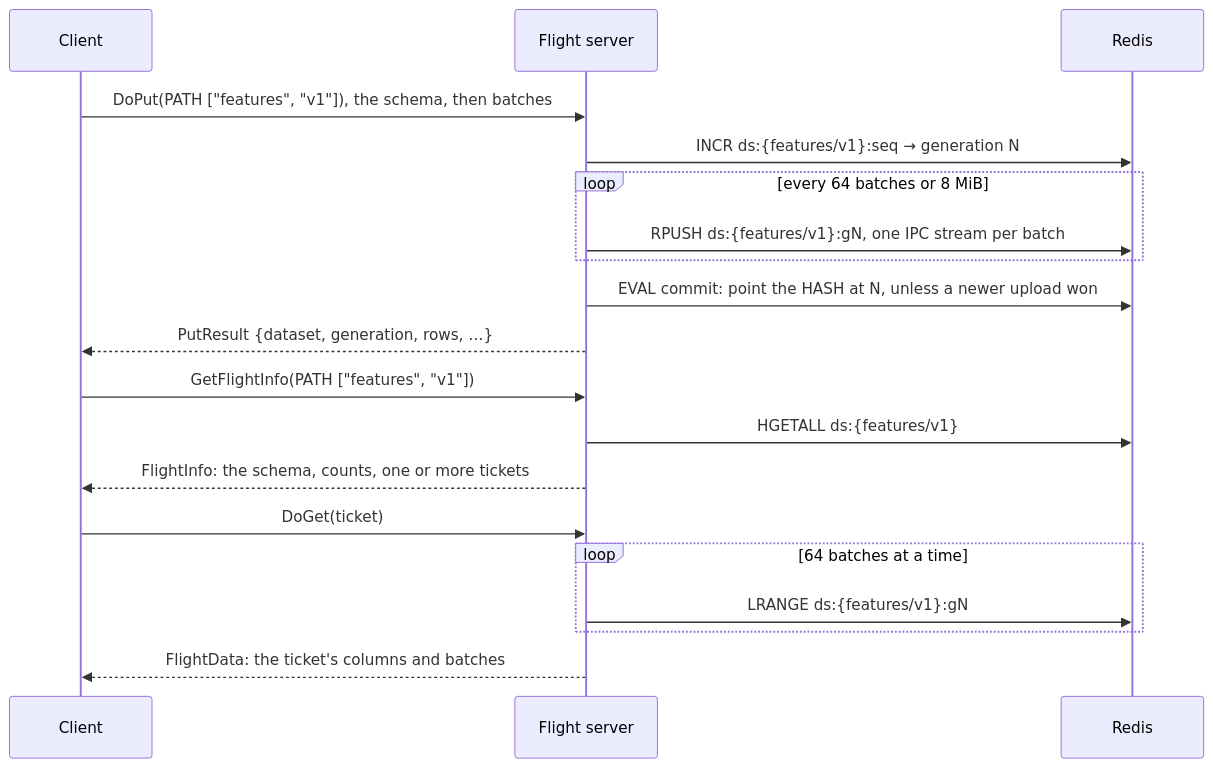
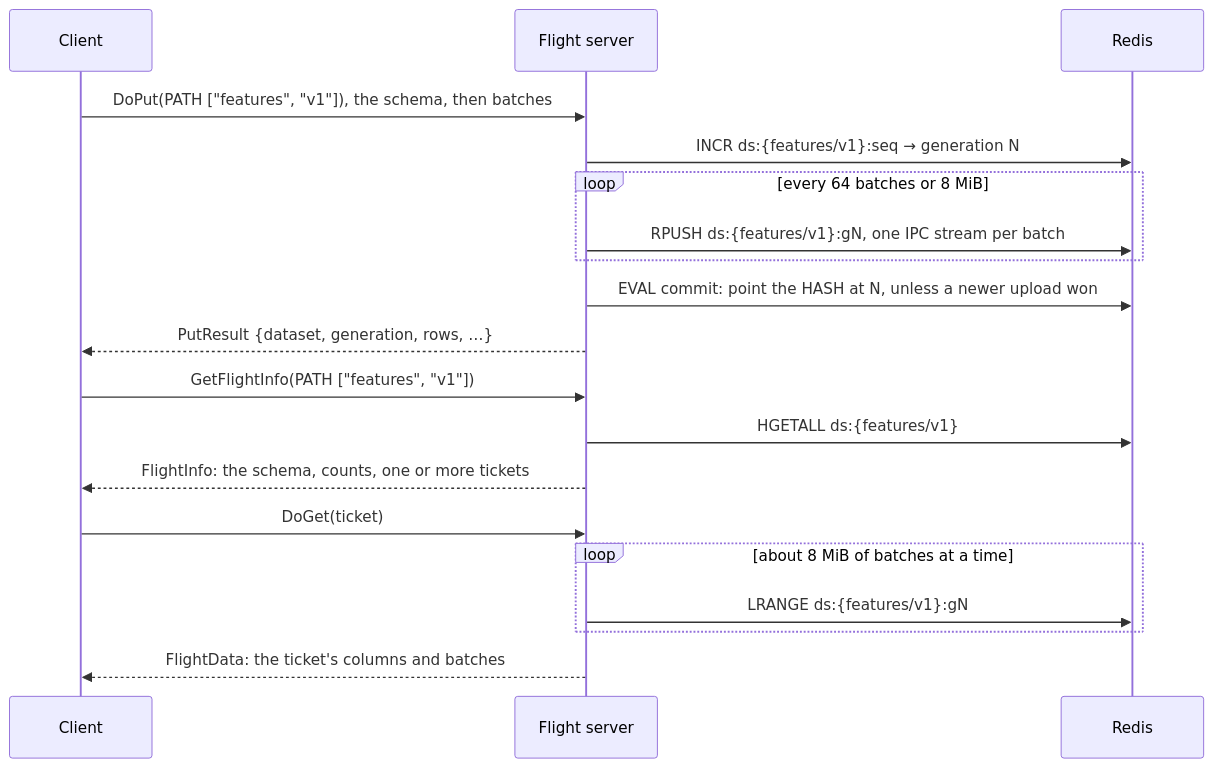
Before and after one commit to redis/redis-apache-arrow-flight: the fourth of 5 diagrams in README.md, drawn with Mermaid. The commit also changed other lines of this file and 3 other files, not shown here.

````diff
--- a/README.md
+++ b/README.md
@@ -154,21 +154,21 @@
 ```mermaid
 sequenceDiagram
     participant C as Client
     participant S as Flight server
     participant R as Redis
     C->>S: DoPut(PATH ["features", "v1"]), the schema, then batches
     S->>R: INCR ds:{features/v1}:seq → generation N
     loop every 64 batches or 8 MiB
         S->>R: RPUSH ds:{features/v1}:gN, one IPC stream per batch
     end
     S->>R: EVAL commit: point the HASH at N, unless a newer upload won
     S-->>C: PutResult {dataset, generation, rows, …}
     C->>S: GetFlightInfo(PATH ["features", "v1"])
     S->>R: HGETALL ds:{features/v1}
     S-->>C: FlightInfo: the schema, counts, one or more tickets
     C->>S: DoGet(ticket)
-    loop 64 batches at a time
+    loop about 8 MiB of batches at a time
         S->>R: LRANGE ds:{features/v1}:gN
     end
     S-->>C: FlightData: the ticket's columns and batches
 ```
````
